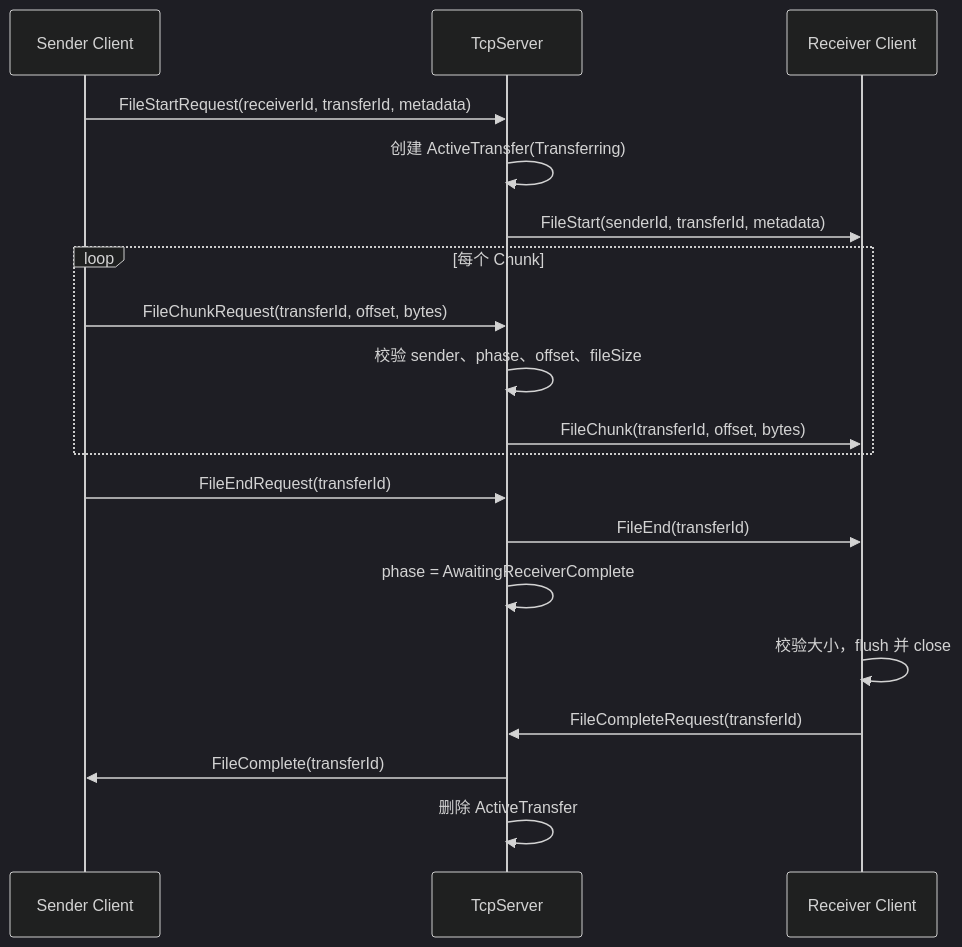
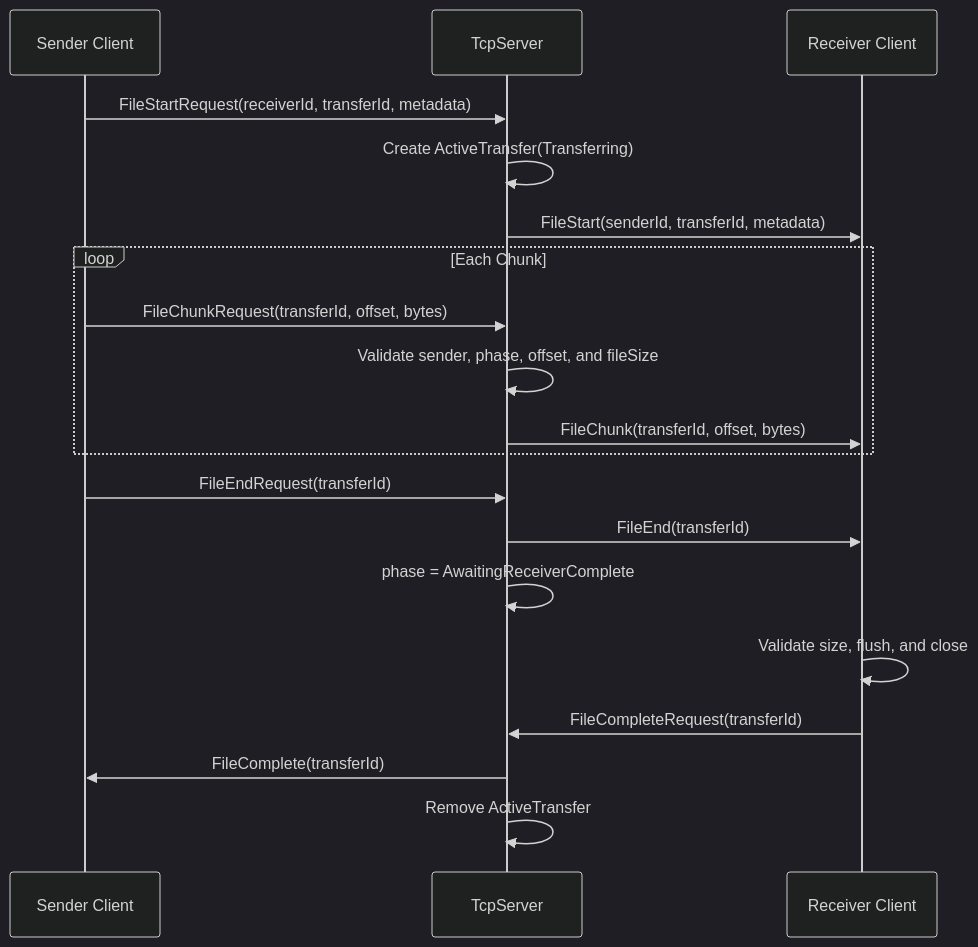
Before and after one commit to meriwetherfennern52-cloud/QtLink: the fourth of 6 diagrams in docs/architecture.md, drawn with Mermaid (dark theme). The commit also changed other lines of this file and 2 other files, not shown here.

````diff
--- a/docs/architecture.md
+++ b/docs/architecture.md
@@ -157,22 +157,22 @@
 ```mermaid
 sequenceDiagram
     participant A as Sender Client
     participant S as TcpServer
     participant B as Receiver Client
 
     A->>S: FileStartRequest(receiverId, transferId, metadata)
-    S->>S: 创建 ActiveTransfer(Transferring)
+    S->>S: Create ActiveTransfer(Transferring)
     S->>B: FileStart(senderId, transferId, metadata)
-    loop 每个 Chunk
+    loop Each Chunk
         A->>S: FileChunkRequest(transferId, offset, bytes)
-        S->>S: 校验 sender、phase、offset、fileSize
+        S->>S: Validate sender, phase, offset, and fileSize
         S->>B: FileChunk(transferId, offset, bytes)
     end
     A->>S: FileEndRequest(transferId)
     S->>B: FileEnd(transferId)
     S->>S: phase = AwaitingReceiverComplete
-    B->>B: 校验大小，flush 并 close
+    B->>B: Validate size, flush, and close
     B->>S: FileCompleteRequest(transferId)
     S->>A: FileComplete(transferId)
-    S->>S: 删除 ActiveTransfer
+    S->>S: Remove ActiveTransfer
 ```
````
